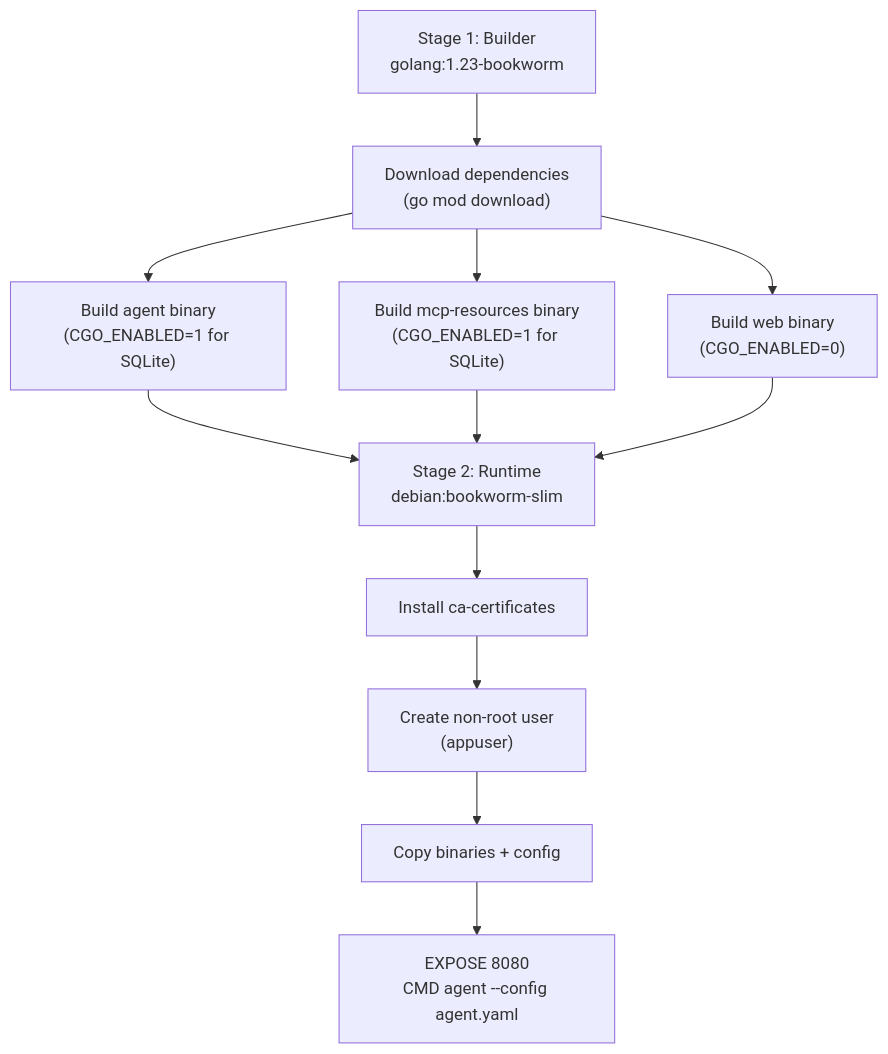
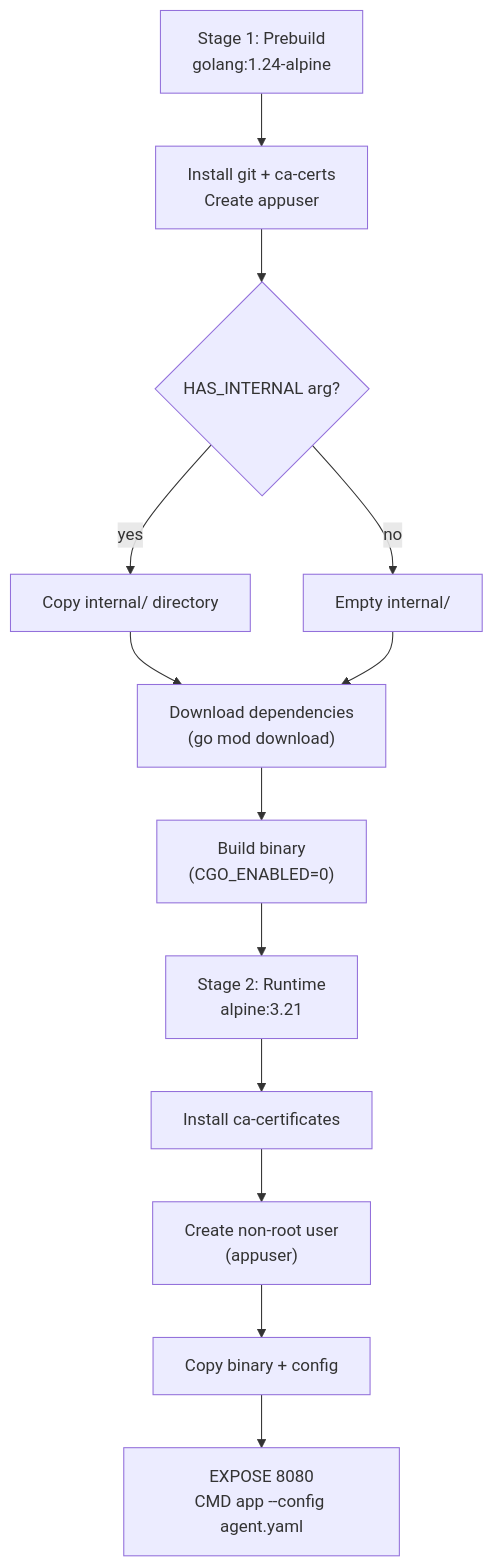
One commit to smorand/agent-stop-and-go changed the second of 3 diagrams in docs/devops.md. Above: the diagram before and after it, drawn with Mermaid. The commit also changed other lines of this file and 33 other files, not shown here.

````diff
--- a/docs/devops.md
+++ b/docs/devops.md
@@ -188,14 +188,15 @@
 ```mermaid
 flowchart TD
-    A["Stage 1: Builder<br/>golang:1.23-bookworm"] --> B["Download dependencies<br/>(go mod download)"]
-    B --> C["Build agent binary<br/>(CGO_ENABLED=1 for SQLite)"]
-    B --> D["Build mcp-resources binary<br/>(CGO_ENABLED=1 for SQLite)"]
-    B --> E["Build web binary<br/>(CGO_ENABLED=0)"]
-    C --> F["Stage 2: Runtime<br/>debian:bookworm-slim"]
-    D --> F
+    A["Stage 1: Prebuild<br/>golang:1.24-alpine"] --> B["Install git + ca-certs<br/>Create appuser"]
+    B --> C{"HAS_INTERNAL arg?"}
+    C -->|"yes"| D["Copy internal/ directory"]
+    C -->|"no"| E["Empty internal/"]
+    D --> F["Download dependencies<br/>(go mod download)"]
     E --> F
-    F --> G["Install ca-certificates"]
-    G --> H["Create non-root user<br/>(appuser)"]
-    H --> I["Copy binaries + config"]
-    I --> J["EXPOSE 8080<br/>CMD agent --config agent.yaml"]
+    F --> G["Build binary<br/>(CGO_ENABLED=0)"]
+    G --> H["Stage 2: Runtime<br/>alpine:3.21"]
+    H --> I["Install ca-certificates"]
+    I --> J["Create non-root user<br/>(appuser)"]
+    J --> K["Copy binary + config"]
+    K --> L["EXPOSE 8080<br/>CMD app --config agent.yaml"]
 ```
````
